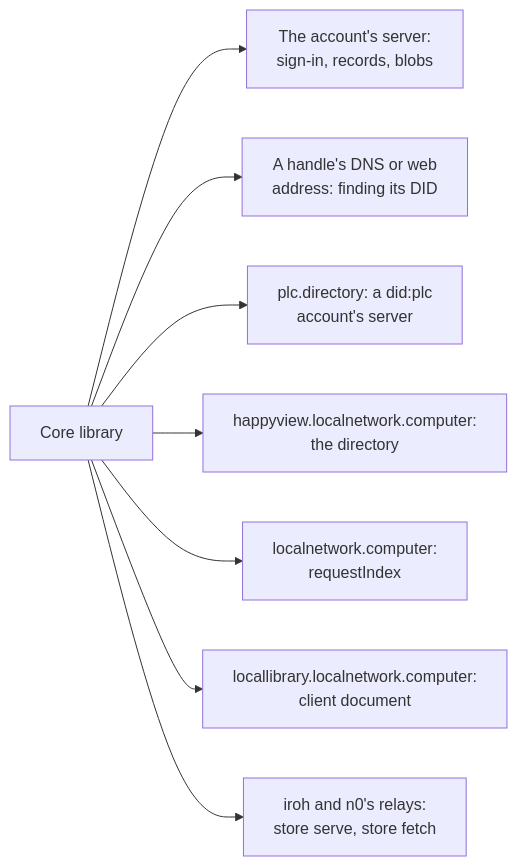
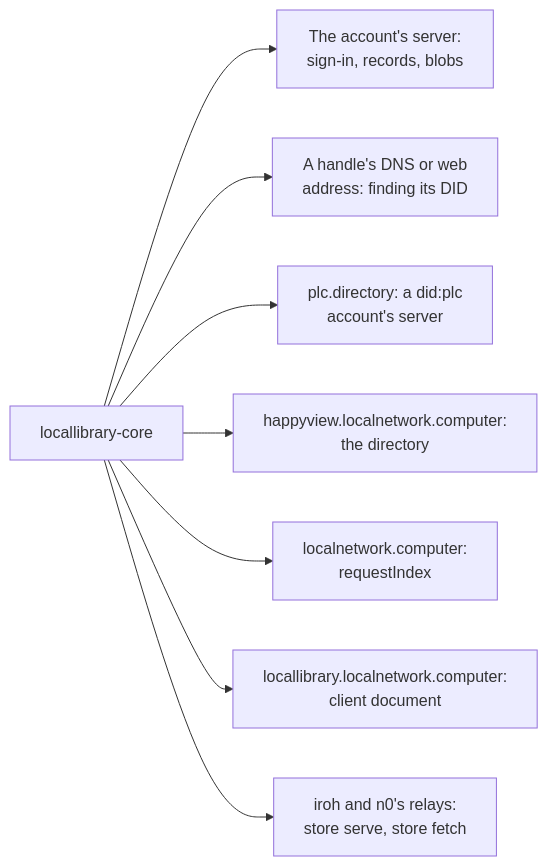
Before and after one commit to cutenode/localnetwork: the sixth of 8 diagrams in apps/locallibrary/docs/diagrams/publishing-and-services.md, drawn with Mermaid. The commit also changed other lines of this file and 32 other files, not shown here.

````diff
--- a/apps/locallibrary/docs/diagrams/publishing-and-services.md
+++ b/apps/locallibrary/docs/diagrams/publishing-and-services.md
@@ -129,10 +129,10 @@
 ```mermaid
 flowchart LR
-    core["Core library"] --> pds["The account's server:<br/>sign-in, records, blobs"]
+    core["locallibrary-core"] --> pds["The account's server:<br/>sign-in, records, blobs"]
     core --> handle["A handle's DNS or web<br/>address: finding its DID"]
     core --> plc["plc.directory: a did:plc<br/>account's server"]
     core --> happyview["happyview.localnetwork.computer:<br/>the directory"]
     core --> website["localnetwork.computer:<br/>requestIndex"]
     core --> client["locallibrary.localnetwork.computer:<br/>client document"]
     core --> iroh["iroh and n0's relays:<br/>store serve, store fetch"]
 ```
````
